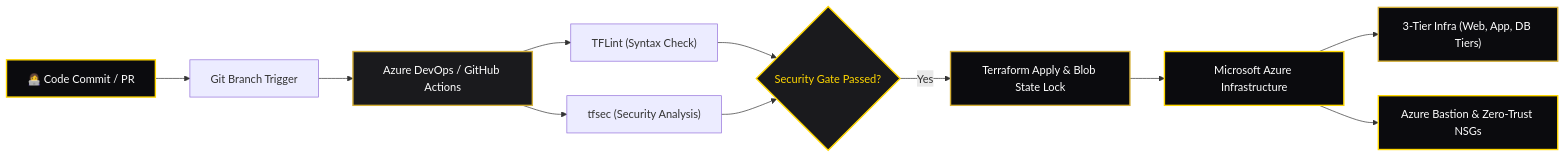
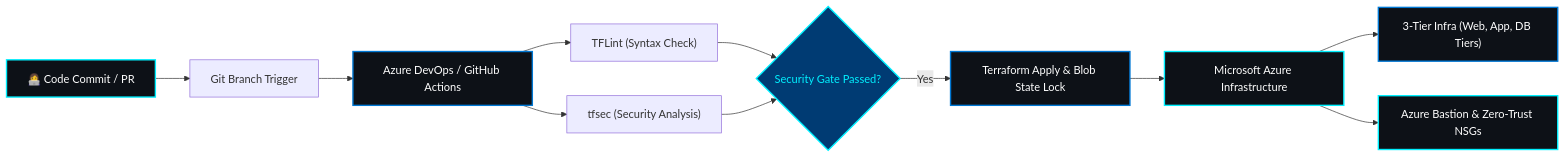
One commit to Pjaisw1103/Pjaisw1103 changed the diagram in README.md. Above: the diagram before and after it, drawn with Mermaid. The commit also changed other lines of this file, not shown here.

````diff
--- a/README.md
+++ b/README.md
@@ -81,21 +105,21 @@
 ```mermaid
 flowchart LR
     A["👩‍💻 Code Commit / PR"] --> B["Git Branch Trigger"]
     B --> C["Azure DevOps / GitHub Actions"]
     C --> D["TFLint (Syntax Check)"]
     C --> E["tfsec (Security Analysis)"]
     D --> F{"Security Gate Passed?"}
     E --> F
     F -- Yes --> G["Terraform Apply & Blob State Lock"]
     G --> H["Microsoft Azure Infrastructure"]
     H --> I["3-Tier Infra (Web, App, DB Tiers)"]
     H --> J["Azure Bastion & Zero-Trust NSGs"]
 
-    style A fill:#0b0b0e,stroke:#ffd700,stroke-width:2px,color:#fff
-    style C fill:#1a1a1d,stroke:#d4af37,stroke-width:2px,color:#fff
-    style F fill:#1a1a1d,stroke:#ffd700,stroke-width:2px,color:#ffd700
-    style G fill:#0b0b0e,stroke:#d4af37,stroke-width:2px,color:#fff
-    style H fill:#0b0b0e,stroke:#ffd700,stroke-width:2px,color:#fff
-    style I fill:#0b0b0e,stroke:#d4af37,stroke-width:2px,color:#fff
-    style J fill:#0b0b0e,stroke:#ffd700,stroke-width:2px,color:#fff
+    style A fill:#0d1117,stroke:#00f0ff,stroke-width:2px,color:#fff
+    style C fill:#0d1117,stroke:#0078d4,stroke-width:2px,color:#fff
+    style F fill:#003b73,stroke:#00f0ff,stroke-width:2px,color:#00f0ff
+    style G fill:#0d1117,stroke:#0078d4,stroke-width:2px,color:#fff
+    style H fill:#0d1117,stroke:#00f0ff,stroke-width:2px,color:#fff
+    style I fill:#0d1117,stroke:#0078d4,stroke-width:2px,color:#fff
+    style J fill:#0d1117,stroke:#00f0ff,stroke-width:2px,color:#fff
 ```
````
